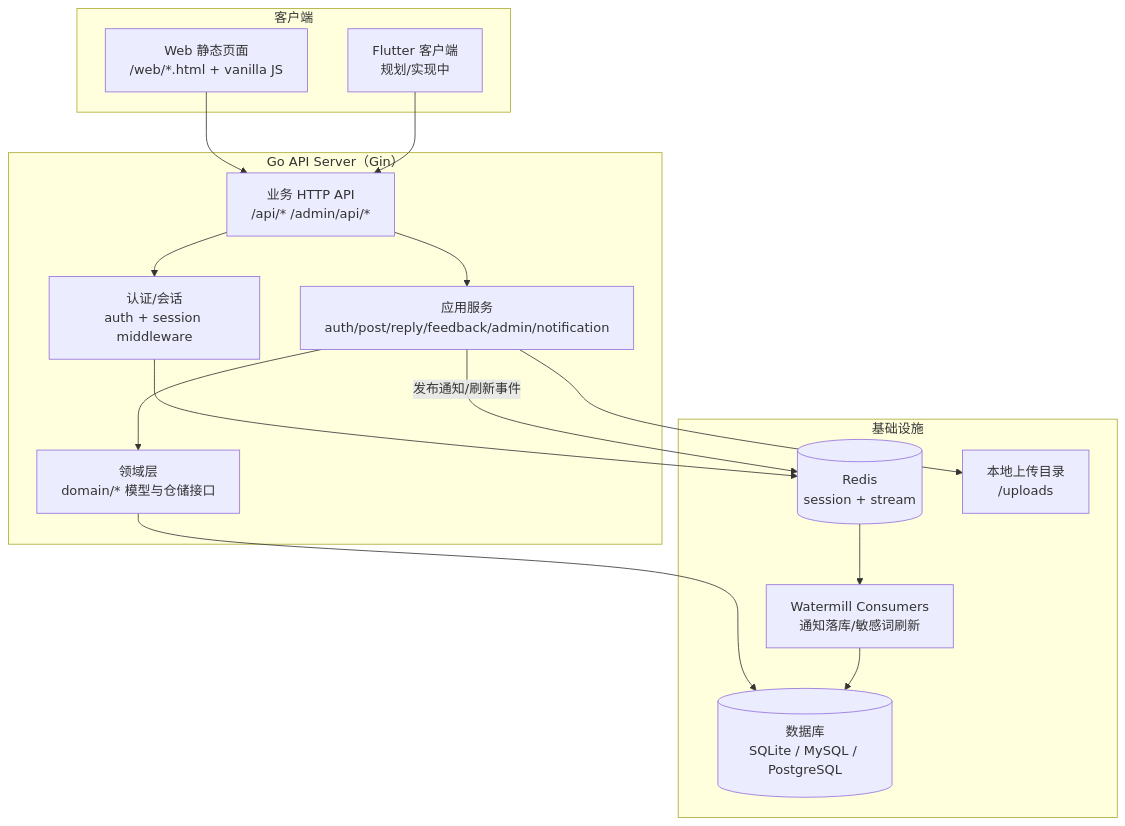
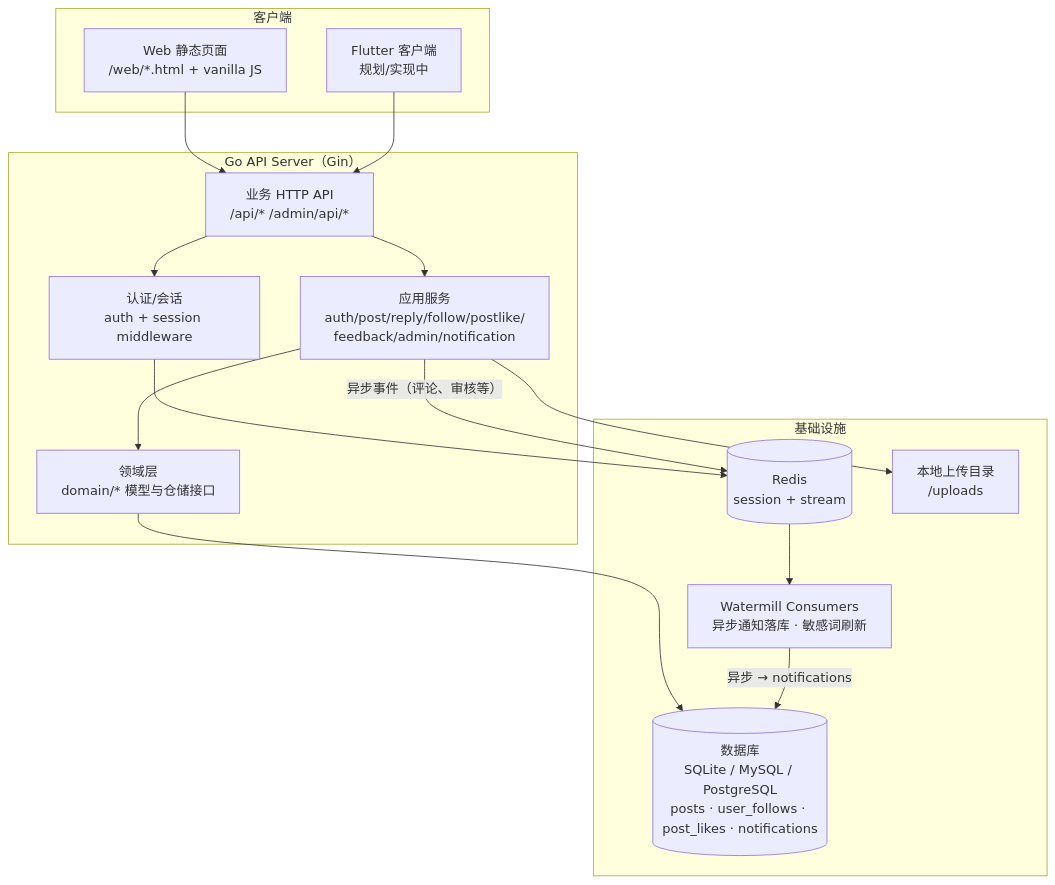
One commit to lpxxn/blink changed the diagram in README.zh-CN.md. Above: the diagram before and after it, drawn with Mermaid. The commit also changed other lines of this file and 1 other file, not shown here.

Commit message:
feat: new feature

````diff
--- a/README.zh-CN.md
+++ b/README.zh-CN.md
@@ -51,33 +52,33 @@
 ```mermaid
 flowchart TB
   subgraph Clients["客户端"]
     Web["Web 静态页面<br/>/web/*.html + vanilla JS"]
     Flutter["Flutter 客户端<br/>规划/实现中"]
   end
 
   subgraph API["Go API Server（Gin）"]
     Auth["认证/会话<br/>auth + session middleware"]
     HTTP["业务 HTTP API<br/>/api/* /admin/api/*"]
-    App["应用服务<br/>auth/post/reply/feedback/admin/notification"]
+    App["应用服务<br/>auth/post/reply/follow/postlike/<br/>feedback/admin/notification"]
     Domain["领域层<br/>domain/* 模型与仓储接口"]
   end
 
   subgraph Infra["基础设施"]
-    DB[("数据库<br/>SQLite / MySQL / PostgreSQL")]
+    DB[("数据库<br/>SQLite / MySQL / PostgreSQL<br/>posts · user_follows · post_likes · notifications")]
     Redis[("Redis<br/>session + stream")]
     Uploads["本地上传目录<br/>/uploads"]
-    Watermill["Watermill Consumers<br/>通知落库/敏感词刷新"]
+    Watermill["Watermill Consumers<br/>异步通知落库 · 敏感词刷新"]
   end
 
   Web --> HTTP
   Flutter --> HTTP
   HTTP --> Auth
   HTTP --> App
   App --> Domain
   Domain --> DB
   Auth --> Redis
   App --> Uploads
-  App -- 发布通知/刷新事件 --> Redis
+  App -- "异步事件（评论、审核等）" --> Redis
   Redis --> Watermill
-  Watermill --> DB
+  Watermill -- "异步 → notifications" --> DB
 ```
````
